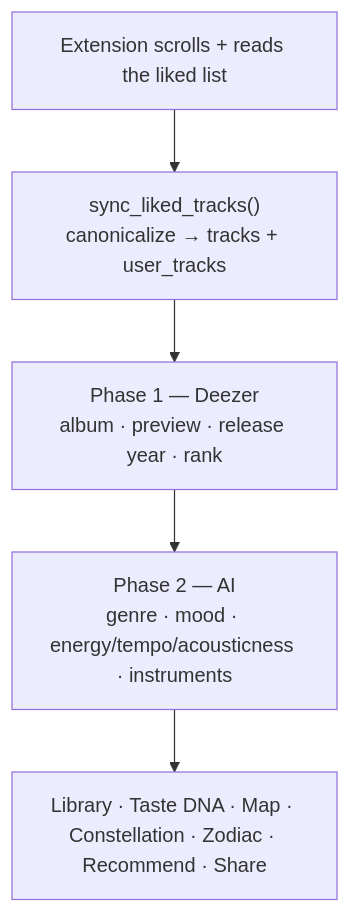
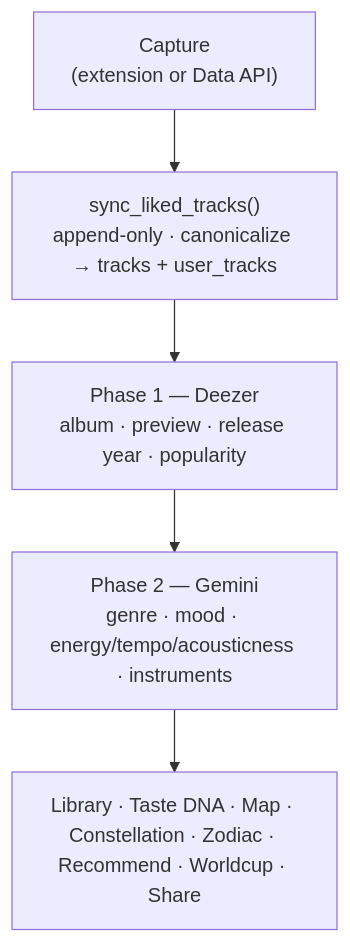
One commit to KKWANH/earprint changed the second of 2 diagrams in README.md. Above: the diagram before and after it, drawn with Mermaid. The commit also changed other lines of this file and 7 other files, not shown here.

````diff
--- a/README.md
+++ b/README.md
@@ -98,7 +95,7 @@
 ```mermaid
 flowchart TD
-  CAP["Extension scrolls + reads the liked list"] --> SYNC["sync_liked_tracks()<br/>canonicalize → tracks + user_tracks"]
-  SYNC --> ENR["Phase 1 — Deezer<br/>album · preview · release year · rank"]
-  ENR --> AI["Phase 2 — AI<br/>genre · mood · energy/tempo/acousticness · instruments"]
-  AI --> VIEWS["Library · Taste DNA · Map · Constellation · Zodiac · Recommend · Share"]
+  CAP["Capture<br/>(extension or Data API)"] --> SYNC["sync_liked_tracks()<br/>append-only · canonicalize → tracks + user_tracks"]
+  SYNC --> ENR["Phase 1 — Deezer<br/>album · preview · release year · popularity"]
+  ENR --> AI["Phase 2 — Gemini<br/>genre · mood · energy/tempo/acousticness · instruments"]
+  AI --> VIEWS["Library · Taste DNA · Map · Constellation · Zodiac · Recommend · Worldcup · Share"]
 ```
````
